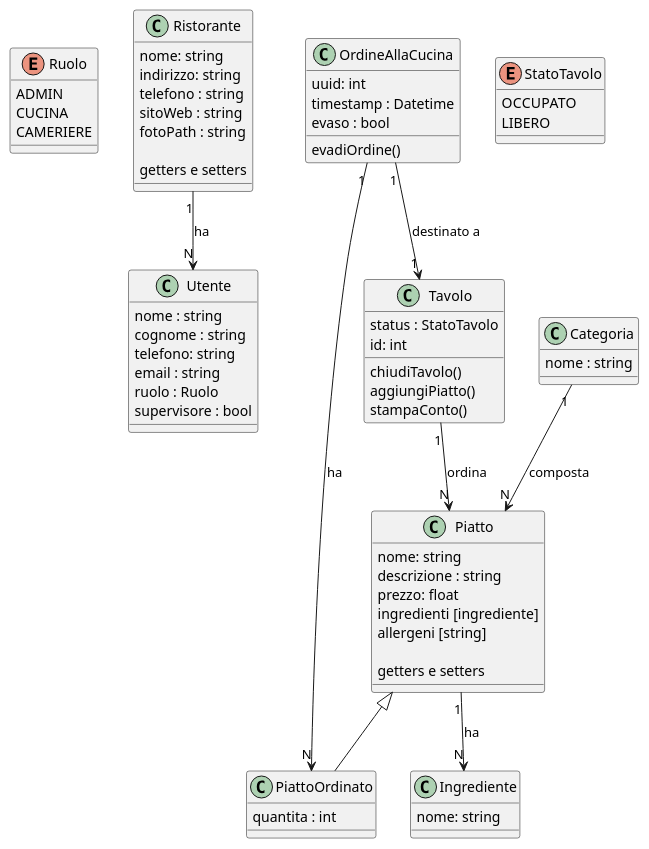
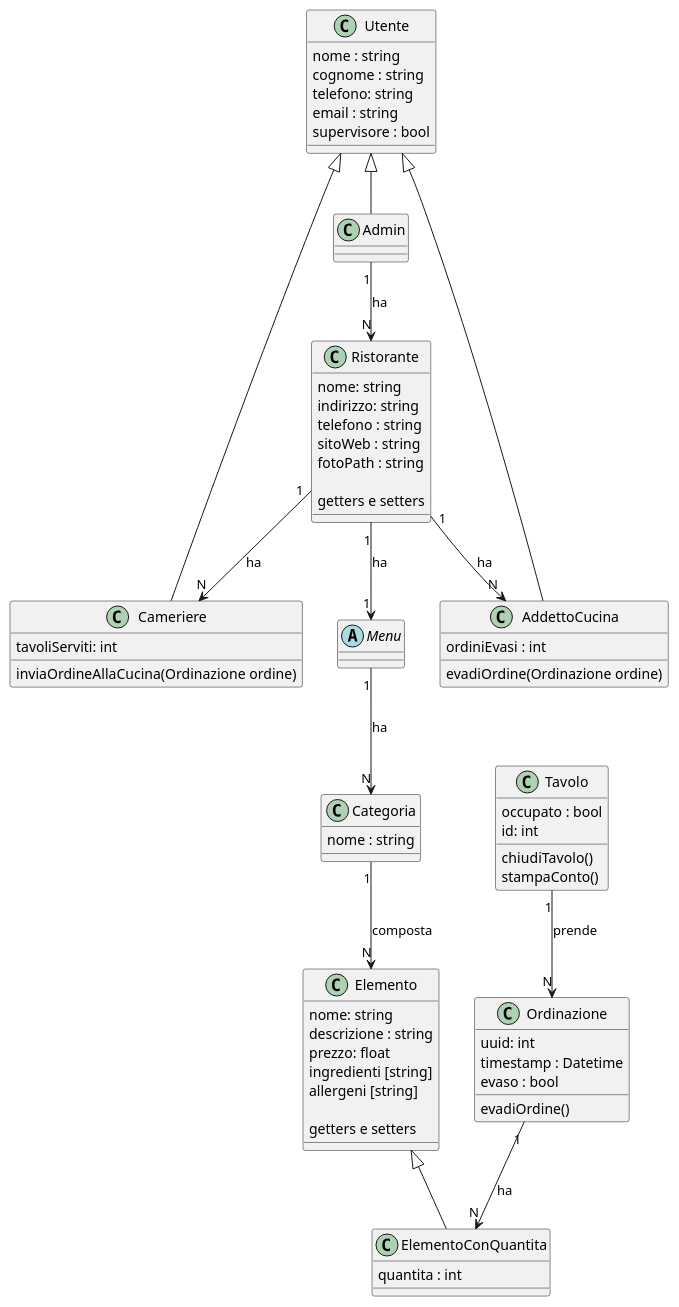
The diagram in classDiagram.puml (macro21KGB/Esame-INGSW-22-23), drawn with PlantUML before and after one commit. The commit also changed 1 other file, not shown here.

```diff
--- a/classDiagram.puml
+++ b/classDiagram.puml
@@ -1,88 +1,93 @@
 @startuml
-
-
-enum Ruolo{
-ADMIN
-CUCINA
-CAMERIERE
-}
 
 class Utente{
 nome : string
 cognome : string
 telefono: string 
 email : string
-ruolo : Ruolo
 supervisore : bool
 }
+
+
+class Admin extends Utente{
+}
+
+class Cameriere extends Utente{
+tavoliServiti: int
+inviaOrdineAllaCucina(Ordinazione ordine)
+}
+
+class AddettoCucina extends Utente{
+ordiniEvasi : int
+evadiOrdine(Ordinazione ordine)
+}
+
 
 class Ristorante{
 nome: string
 indirizzo: string
 telefono : string
 sitoWeb : string
 fotoPath : string
 
 getters e setters
 }
 
-class Ingrediente{
-nome: string
-}
 
 
-class Piatto{
+class Elemento{
 nome: string
 descrizione : string
 prezzo: float
-ingredienti [ingrediente]
+ingredienti [string]
 allergeni [string]
 
 getters e setters
 }
 
-class PiattoOrdinato extends Piatto{
+class ElementoConQuantita extends Elemento{
 quantita : int
 }
 
 class Categoria{
 nome : string
 }
 
-Categoria "1" --> "N" Piatto : composta
+Categoria "1" --> "N" Elemento : composta
 
-Tavolo "1" --> "N"  Piatto : ordina
+abstract class Menu{
 
-Piatto "1" --> "N"  Ingrediente : ha
+}
+
+Menu "1" --> "N" Categoria : ha
 
 
-enum StatoTavolo{
-OCCUPATO
-LIBERO
-}
 
 class Tavolo{
-status : StatoTavolo
+occupato : bool
 id: int
 
 chiudiTavolo()
-aggiungiPiatto()
 stampaConto()
 }
 
-OrdineAllaCucina "1" --> "N" PiattoOrdinato : ha
-OrdineAllaCucina "1" --> "1" Tavolo: destinato a
+Ordinazione "1" --> "N" ElementoConQuantita: ha
 
+Tavolo "1" --> "N" Ordinazione : prende
 
-Ristorante "1" --> "N"  Utente: ha
+Admin "1" --> "N" Ristorante : ha
 
-class OrdineAllaCucina{
+Ristorante "1" --> "1" Menu: ha
+Ristorante "1" --> "N" AddettoCucina: ha
+Ristorante "1" --> "N" Cameriere: ha
+
+class Ordinazione {
 uuid: int
 timestamp : Datetime
 evaso : bool
 
 evadiOrdine()
 }
 
 
 @enduml
```
